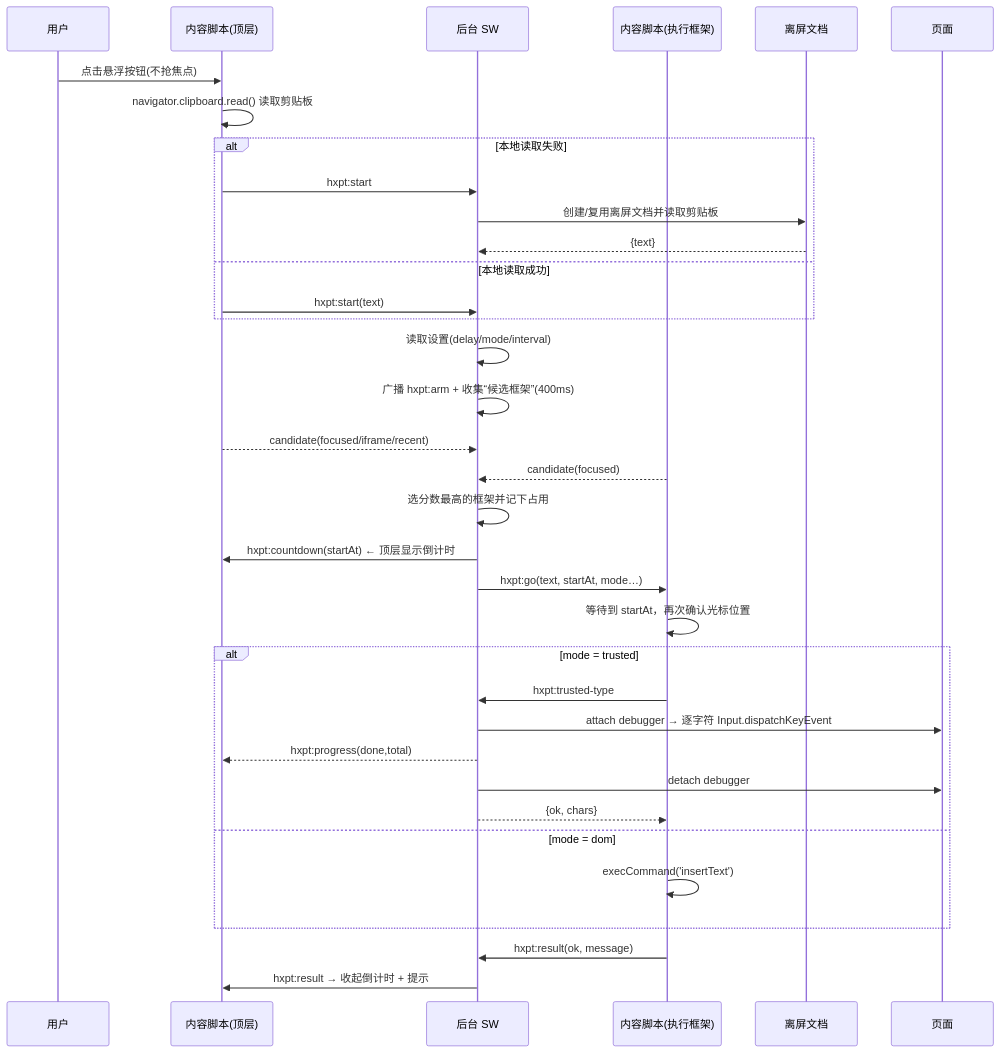
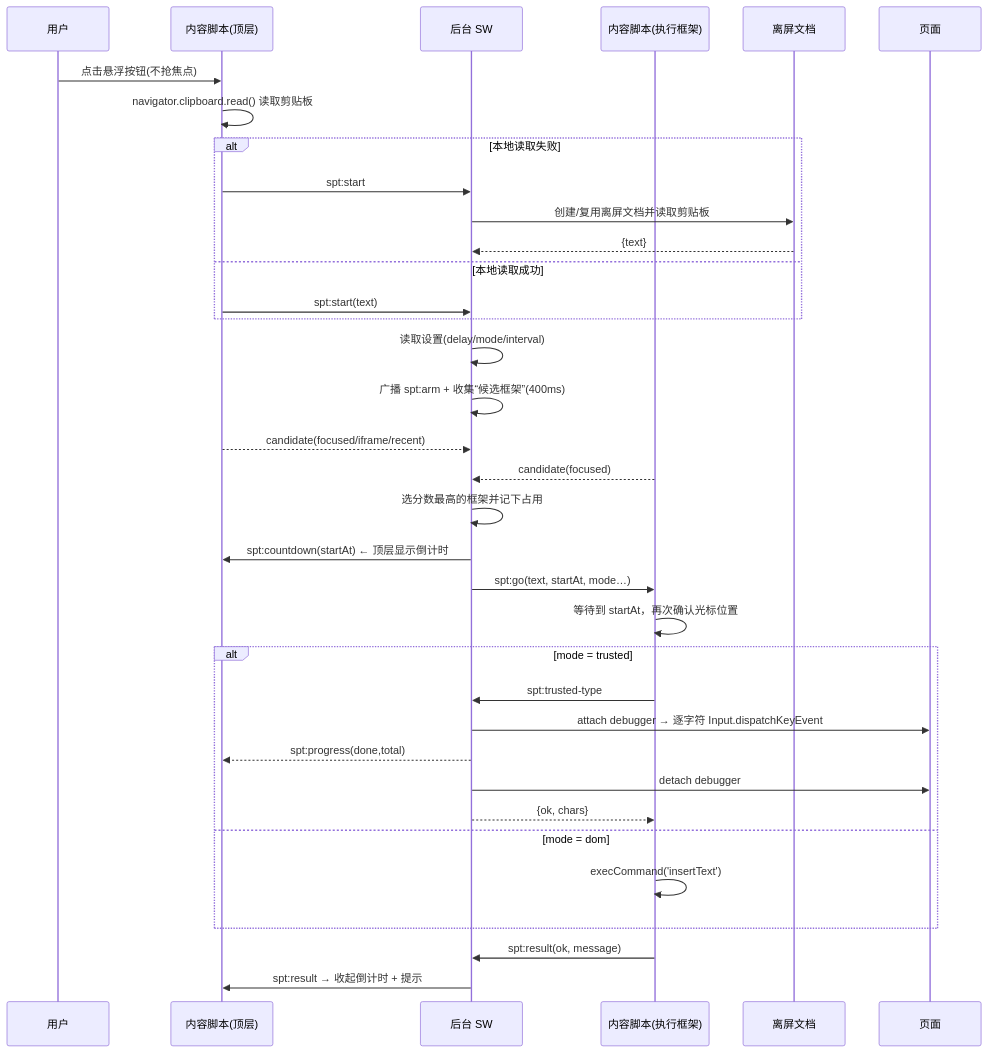
The diagram in docs/ARCHITECTURE.md (Experienced-Butter/simulated-paste-typer), drawn with Mermaid before and after one commit. The commit also changed other lines of this file and 25 other files, not shown here.

````diff
--- a/docs/ARCHITECTURE.md
+++ b/docs/ARCHITECTURE.md
@@ -39,38 +39,38 @@
 ```mermaid
 sequenceDiagram
     participant U as 用户
     participant C0 as 内容脚本(顶层)
     participant BG as 后台 SW
     participant C1 as 内容脚本(执行框架)
     participant O as 离屏文档
     participant P as 页面
 
     U->>C0: 点击悬浮按钮(不抢焦点)
     C0->>C0: navigator.clipboard.read() 读取剪贴板
     alt 本地读取失败
-        C0->>BG: hxpt:start
+        C0->>BG: spt:start
         BG->>O: 创建/复用离屏文档并读取剪贴板
         O-->>BG: {text}
     else 本地读取成功
-        C0->>BG: hxpt:start(text)
+        C0->>BG: spt:start(text)
     end
     BG->>BG: 读取设置(delay/mode/interval)
-    BG->>BG: 广播 hxpt:arm + 收集“候选框架”(400ms)
+    BG->>BG: 广播 spt:arm + 收集“候选框架”(400ms)
     C0-->>BG: candidate(focused/iframe/recent)
     C1-->>BG: candidate(focused)
     BG->>BG: 选分数最高的框架并记下占用
-    BG->>C0: hxpt:countdown(startAt)   ← 顶层显示倒计时
-    BG->>C1: hxpt:go(text, startAt, mode…)
+    BG->>C0: spt:countdown(startAt)   ← 顶层显示倒计时
+    BG->>C1: spt:go(text, startAt, mode…)
     C1->>C1: 等待到 startAt，再次确认光标位置
     alt mode = trusted
-        C1->>BG: hxpt:trusted-type
+        C1->>BG: spt:trusted-type
         BG->>P: attach debugger → 逐字符 Input.dispatchKeyEvent
-        BG-->>C0: hxpt:progress(done,total)
+        BG-->>C0: spt:progress(done,total)
         BG->>P: detach debugger
         BG-->>C1: {ok, chars}
     else mode = dom
         C1->>C1: execCommand('insertText')
     end
-    C1->>BG: hxpt:result(ok, message)
-    BG->>C0: hxpt:result → 收起倒计时 + 提示
+    C1->>BG: spt:result(ok, message)
+    BG->>C0: spt:result → 收起倒计时 + 提示
 ```
````
